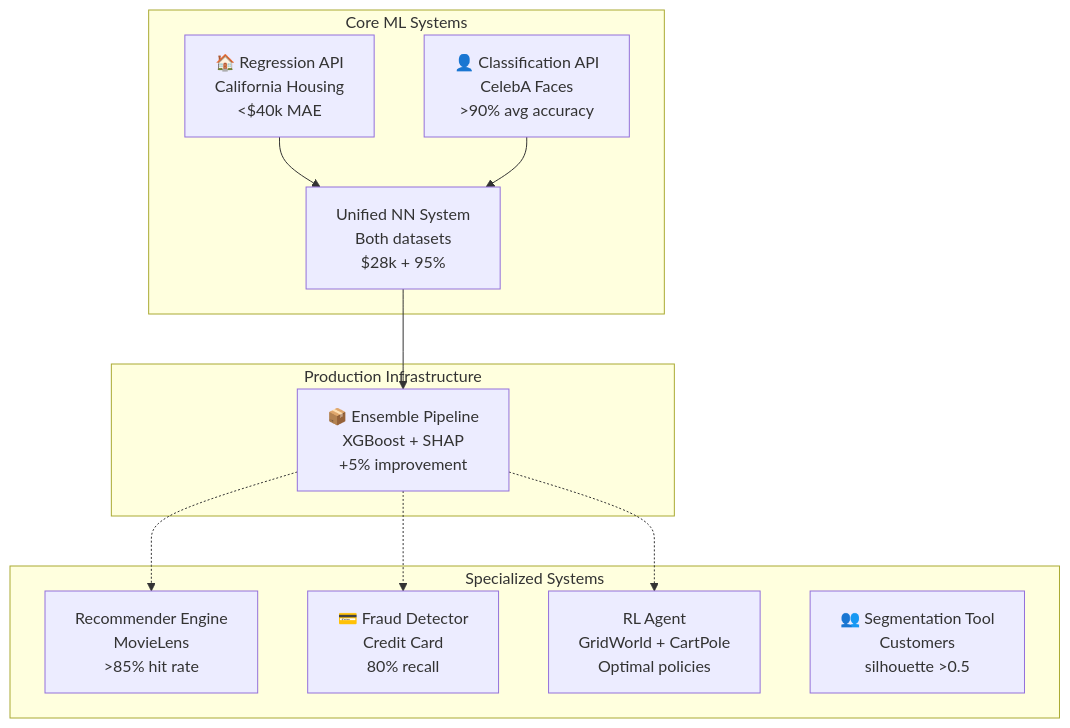
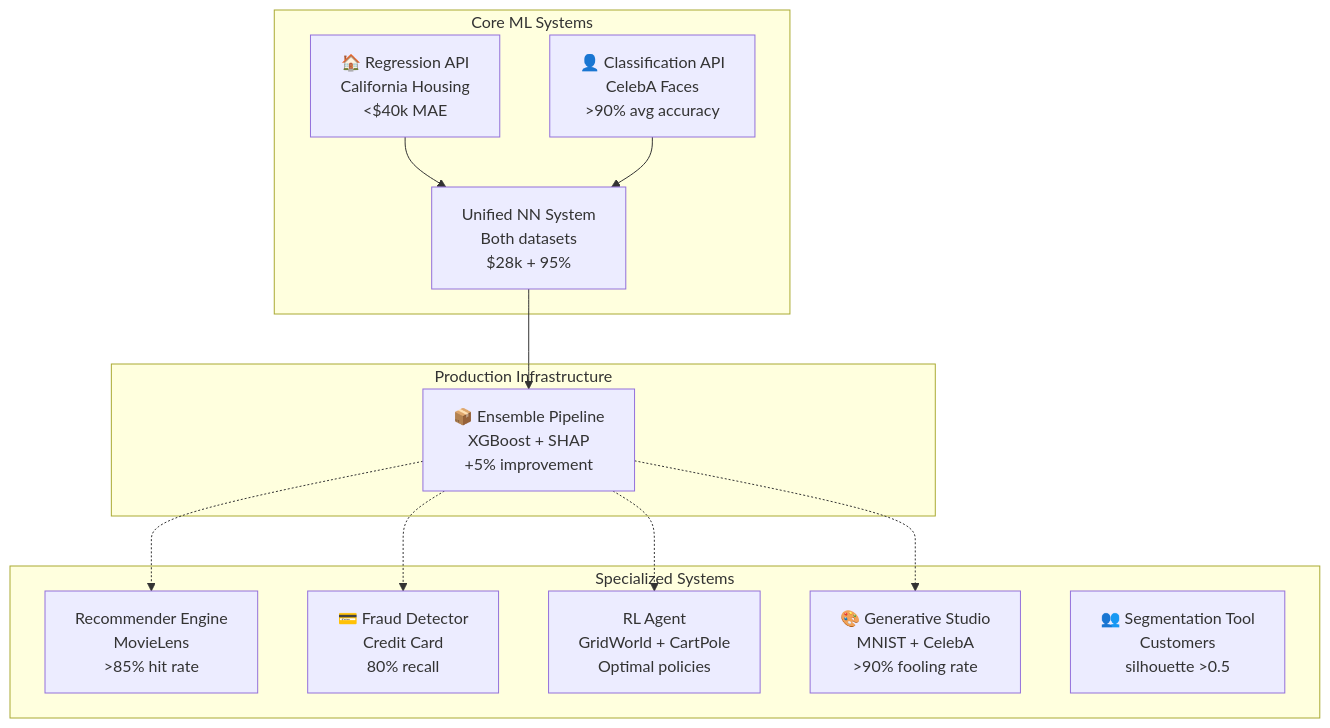
The second of 2 diagrams in notes/01-ml/README.md (dsgouda7/ai-portfolio), drawn with Mermaid before and after one commit. The commit also changed other lines of this file and 720 other files, not shown here.

````diff
--- a/notes/01-ml/README.md
+++ b/notes/01-ml/README.md
@@ -157,26 +169,28 @@
 ```mermaid
 graph TB
  subgraph Core["Core ML Systems"]
  Reg[🏠 Regression API<br/>California Housing<br/>&lt;$40k MAE]
  Class[👤 Classification API<br/>CelebA Faces<br/>&gt;90% avg accuracy]
  NN[ Unified NN System<br/>Both datasets<br/>$28k + 95%]
  end
 
  subgraph Specialized["Specialized Systems"]
  Rec[ Recommender Engine<br/>MovieLens<br/>&gt;85% hit rate]
  Anom[💳 Fraud Detector<br/>Credit Card<br/>80% recall]
  RL[ RL Agent<br/>GridWorld + CartPole<br/>Optimal policies]
+ Gen[🎨 Generative Studio<br/>MNIST + CelebA<br/>&gt;90% fooling rate]
  Unsup[👥 Segmentation Tool<br/>Customers<br/>silhouette &gt;0.5]
  end
 
  subgraph Advanced["Production Infrastructure"]
  Ens[📦 Ensemble Pipeline<br/>XGBoost + SHAP<br/>+5% improvement]
  end
 
  Reg --> NN
  Class --> NN
  NN --> Ens
  Ens -.-> Rec
  Ens -.-> Anom
  Ens -.-> RL
+ Ens -.-> Gen
 ```
````
